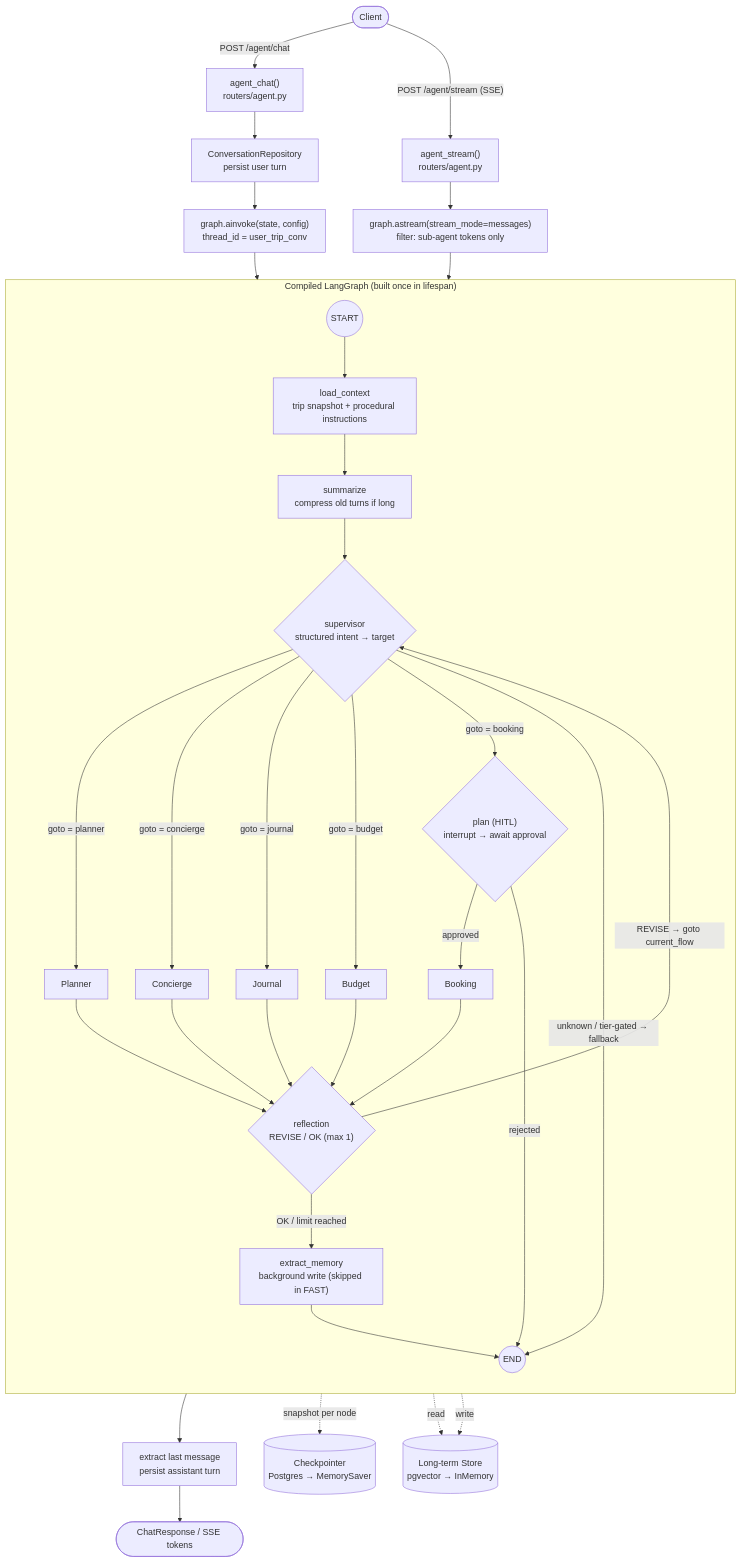
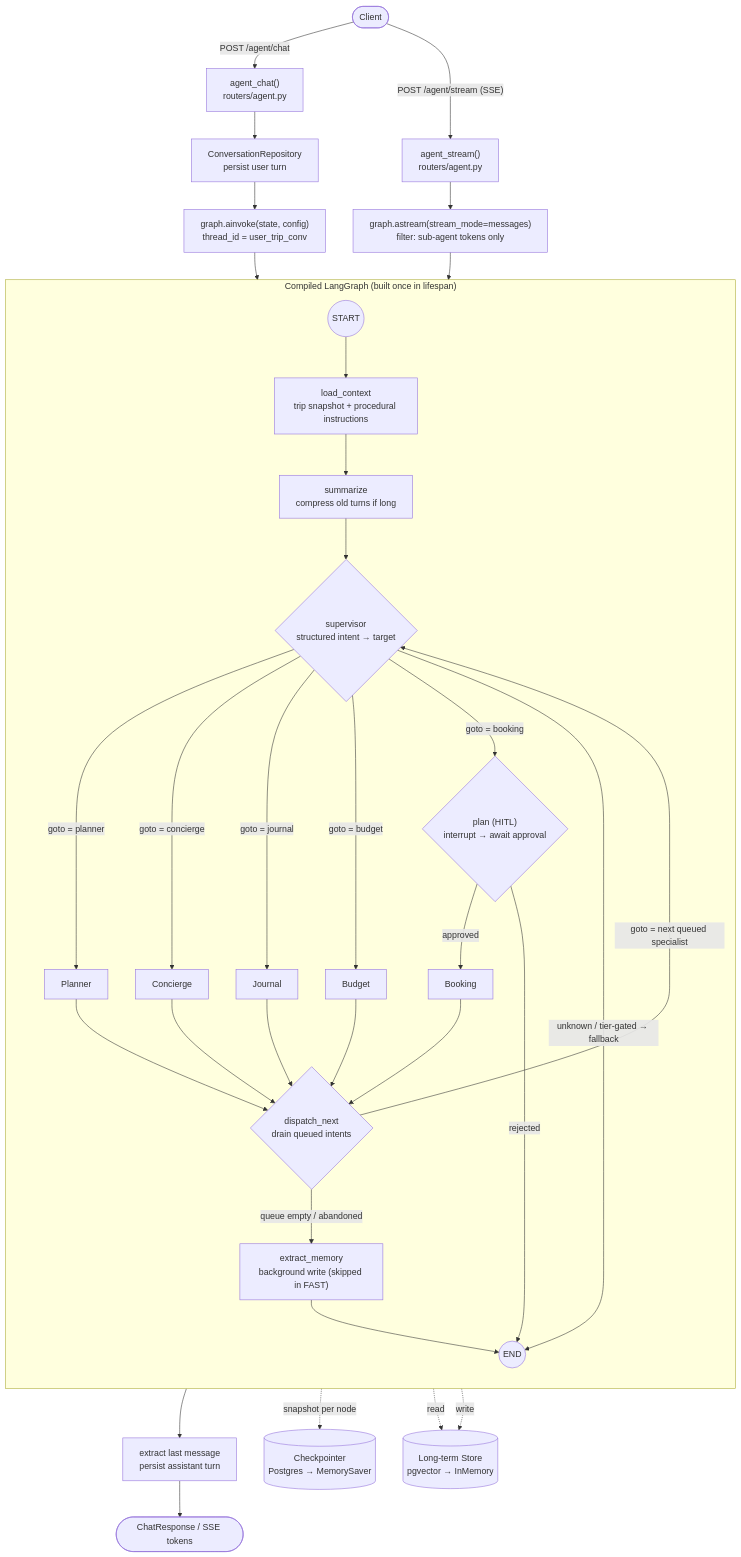
Before and after one commit to minhtran3124/travel-pi: the second of 5 diagrams in WORKFLOW_DIAGRAM.md, drawn with Mermaid. The commit also changed other lines of this file and 3 other files, not shown here.

````diff
--- a/WORKFLOW_DIAGRAM.md
+++ b/WORKFLOW_DIAGRAM.md
@@ -60,50 +66,50 @@
 ```mermaid
 flowchart TD
     Client([Client]) -->|"POST /agent/chat"| Chat["agent_chat()<br/>routers/agent.py"]
     Client -->|"POST /agent/stream (SSE)"| Stream["agent_stream()<br/>routers/agent.py"]
 
     Chat --> Persist["ConversationRepository<br/>persist user turn"]
     Persist --> Invoke["graph.ainvoke(state, config)<br/>thread_id = user_trip_conv"]
     Stream --> AStream["graph.astream(stream_mode=messages)<br/>filter: sub-agent tokens only"]
 
     Invoke --> Graph
     AStream --> Graph
 
     subgraph Graph["Compiled LangGraph (built once in lifespan)"]
         direction TB
         Load["load_context<br/>trip snapshot + procedural instructions"]
         Summ["summarize<br/>compress old turns if long"]
         Sup{"supervisor<br/>structured intent → target"}
         Plan{"plan (HITL)<br/>interrupt → await approval"}
-        Refl{"reflection<br/>REVISE / OK (max 1)"}
+        Disp{"dispatch_next<br/>drain queued intents"}
         Ext["extract_memory<br/>background write (skipped in FAST)"]
 
         START((START)) --> Load --> Summ --> Sup
         Sup -->|"goto = planner"| Planner
         Sup -->|"goto = concierge"| Concierge
         Sup -->|"goto = journal"| Journal
         Sup -->|"goto = budget"| Budget
         Sup -->|"goto = booking"| Plan
         Sup -->|"unknown / tier-gated → fallback"| END((END))
 
         Plan -->|"approved"| Booking
         Plan -->|"rejected"| END
 
-        Planner --> Refl
-        Concierge --> Refl
-        Journal --> Refl
-        Booking --> Refl
-        Budget --> Refl
+        Planner --> Disp
+        Concierge --> Disp
+        Journal --> Disp
+        Booking --> Disp
+        Budget --> Disp
 
-        Refl -->|"REVISE → goto current_flow"| Sup
-        Refl -->|"OK / limit reached"| Ext
+        Disp -->|"goto = next queued specialist"| Sup
+        Disp -->|"queue empty / abandoned"| Ext
         Ext --> END
     end
 
     Graph --> Reply["extract last message<br/>persist assistant turn"]
     Reply --> Resp([ChatResponse / SSE tokens])
 
     Graph -.->|"snapshot per node"| CP[("Checkpointer<br/>Postgres → MemorySaver")]
     Load -.->|"read"| ST[("Long-term Store<br/>pgvector → InMemory")]
     Ext -.->|"write"| ST
 ```
````
